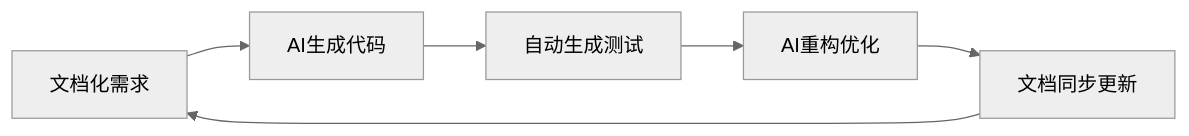
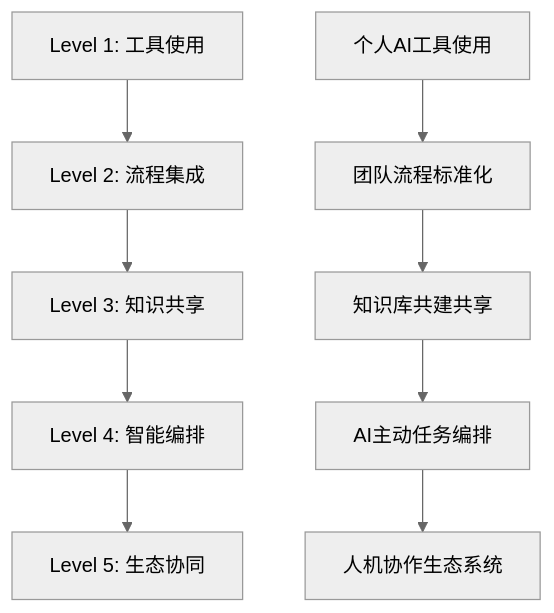
Before and after one commit to imleoo/claude-code-in-teams: the diagram in readme.md, drawn with Mermaid (neutral theme). The commit also changed other lines of this file and 16 other files, not shown here.

````diff
--- a/readme.md
+++ b/readme.md
@@ -85,8 +58,12 @@
 ```mermaid
-graph LR
-    A[文档化需求] --> B[AI生成代码]
-    B --> C[自动生成测试]
-    C --> D[AI重构优化]
-    D --> E[文档同步更新]
-    E --> A
+graph TD
+    A[Level 1: 工具使用] --> B[Level 2: 流程集成]
+    B --> C[Level 3: 知识共享]
+    C --> D[Level 4: 智能编排]
+    D --> E[Level 5: 生态协同]
+    
+    A1[个人AI工具使用] --> B1[团队流程标准化]
+    B1 --> C1[知识库共建共享]
+    C1 --> D1[AI主动任务编排]
+    D1 --> E1[人机协作生态系统]
 ```
````
